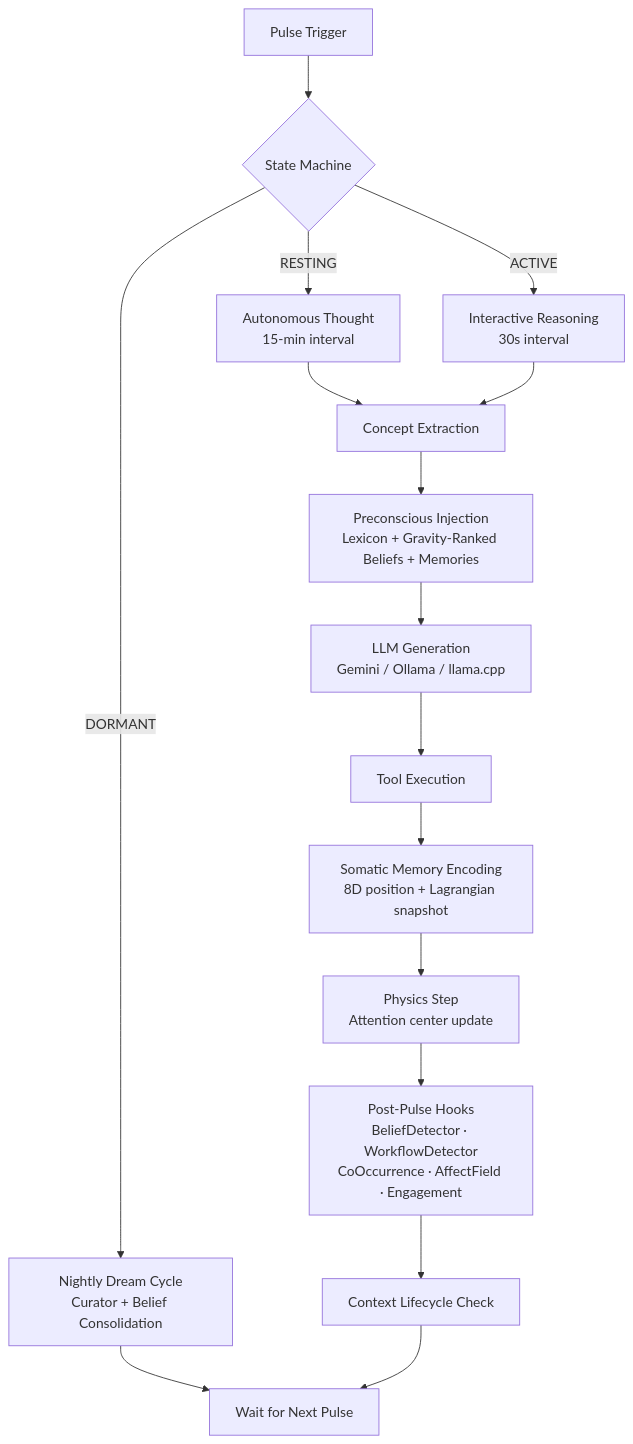
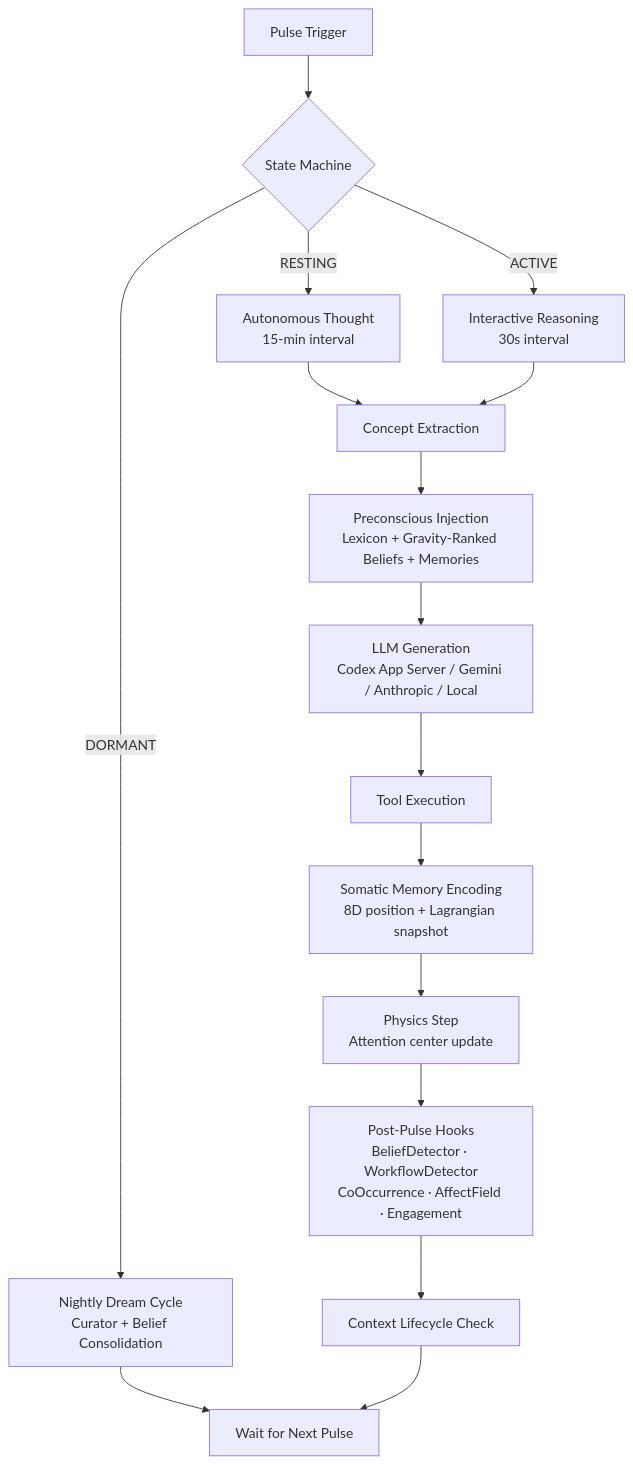
The diagram in README.md (munch2u-a11y/Helix-AGI), drawn with Mermaid before and after one commit. The commit also changed other lines of this file and 43 other files, not shown here.

````diff
--- a/README.md
+++ b/README.md
@@ -18,18 +18,18 @@
 ```mermaid
 graph TD
     A[Pulse Trigger] --> B{State Machine}
     B -->|DORMANT| C[Nightly Dream Cycle<br/>Curator + Belief Consolidation]
     C --> Z[Wait for Next Pulse]
     B -->|RESTING| D[Autonomous Thought<br/>15-min interval]
     B -->|ACTIVE| E[Interactive Reasoning<br/>30s interval]
     D --> F[Concept Extraction]
     E --> F
     F --> G[Preconscious Injection<br/>Lexicon + Gravity-Ranked Beliefs + Memories]
-    G --> H[LLM Generation<br/>Gemini / Ollama / llama.cpp]
+    G --> H[LLM Generation<br/>Codex App Server / Gemini / Anthropic / Local]
     H --> I[Tool Execution]
     I --> J[Somatic Memory Encoding<br/>8D position + Lagrangian snapshot]
     J --> K[Physics Step<br/>Attention center update]
     K --> L[Post-Pulse Hooks<br/>BeliefDetector · WorkflowDetector<br/>CoOccurrence · AffectField · Engagement]
     L --> M[Context Lifecycle Check]
     M --> Z
 ```
````
